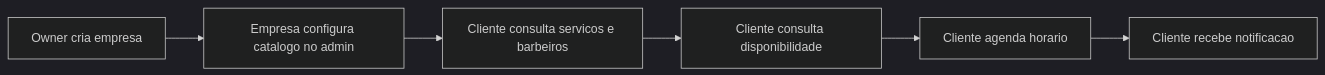
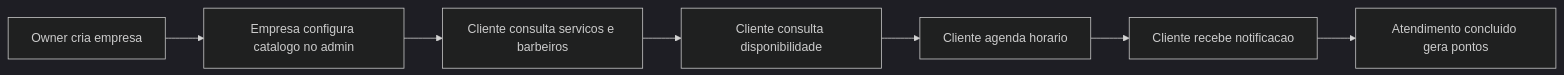
The first of 2 diagrams in docs/overview.md (KaioHerculano/fenix-barbershop-api), drawn with Mermaid (dark theme) before and after one commit. The commit also changed other lines of this file and 7 other files, not shown here.

````diff
--- a/docs/overview.md
+++ b/docs/overview.md
@@ -33,8 +33,9 @@
 ```mermaid
 flowchart LR
     A["Owner cria empresa"] --> B["Empresa configura catalogo no admin"]
     B --> C["Cliente consulta servicos e barbeiros"]
     C --> D["Cliente consulta disponibilidade"]
     D --> E["Cliente agenda horario"]
     E --> F["Cliente recebe notificacao"]
+    F --> G["Atendimento concluido gera pontos"]
 ```
````
